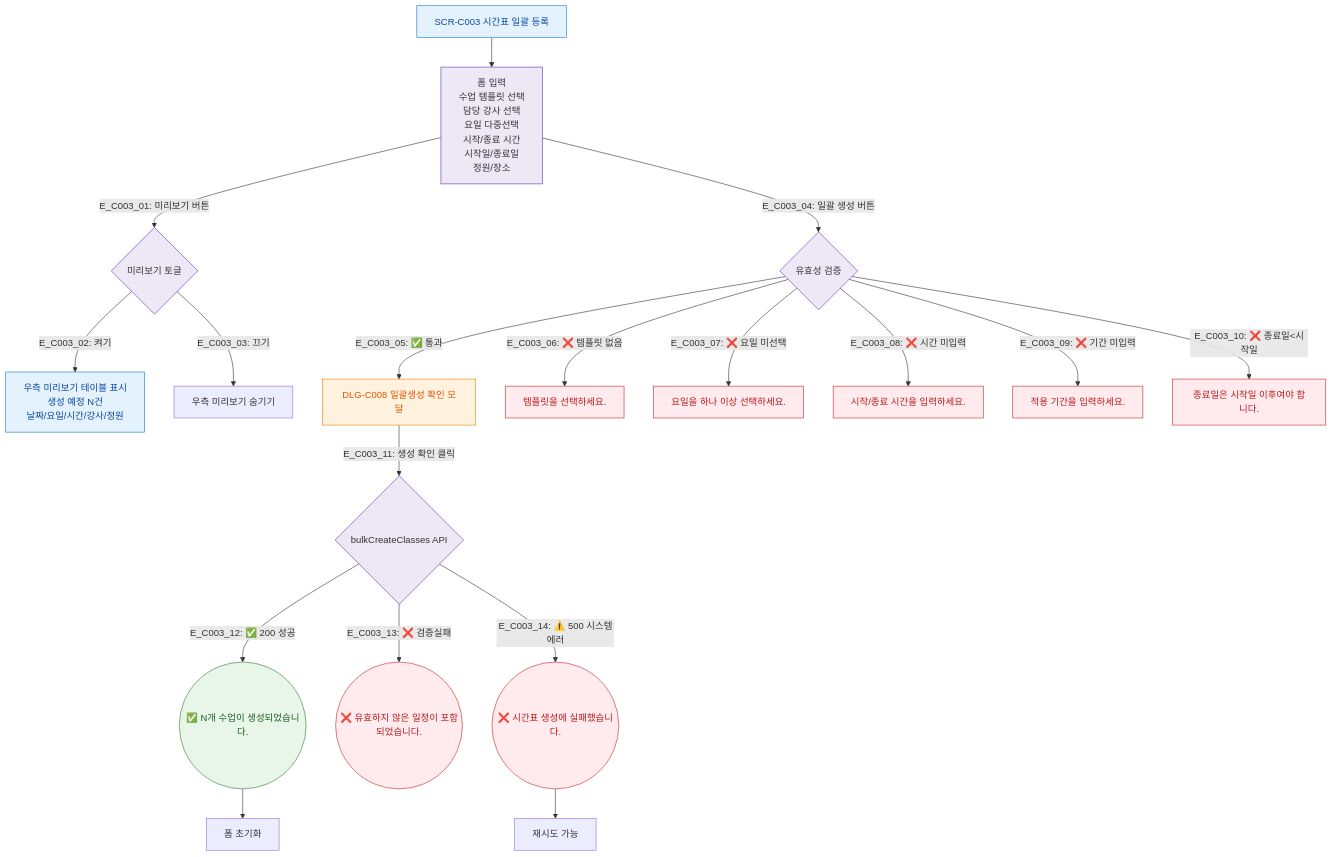
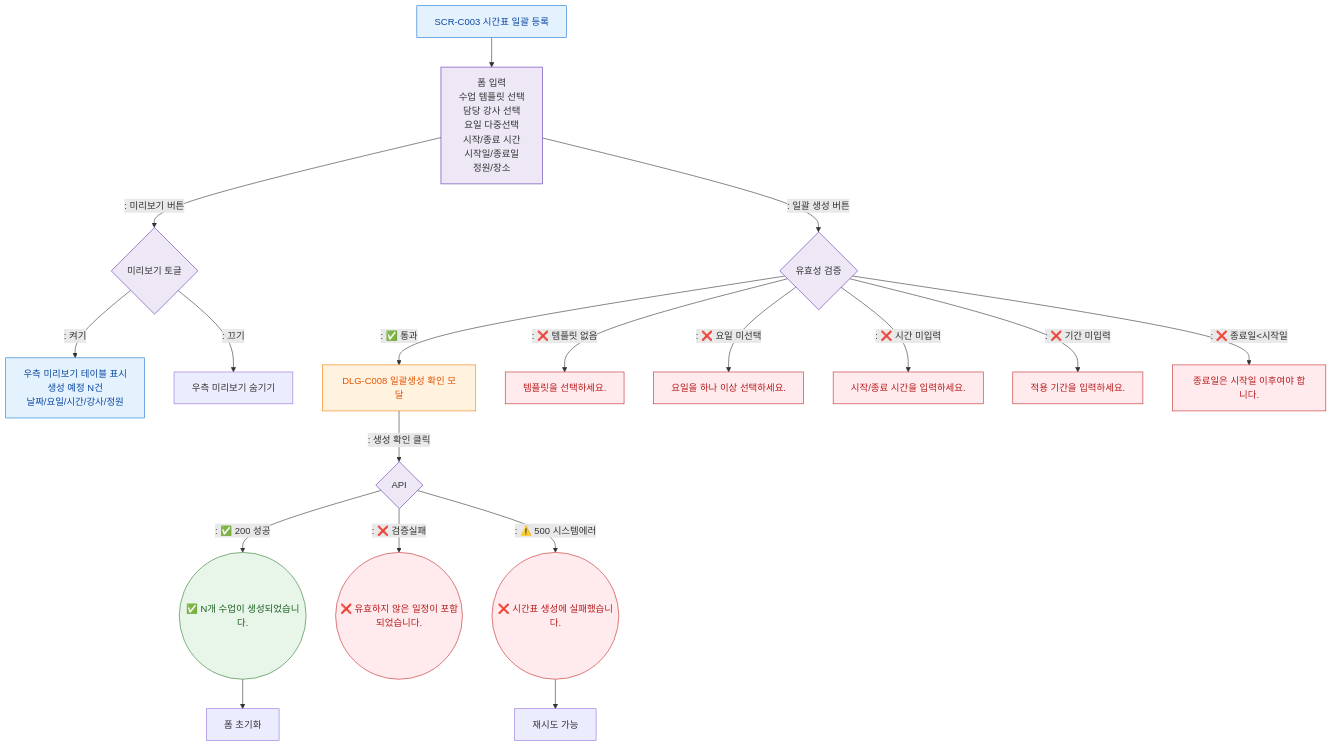
One commit to dev-spogym/admin-pando changed the diagram in docs/다이어그램/D04_수업관리/SCR-C003_시간표일괄등록/F2_메인.md. Above: the diagram before and after it, drawn with Mermaid. The commit also changed other lines of this file and 1660 other files, not shown here.

First line of the commit message:
다이어그램: 기획자/클라이언트 납품본으로 정리

````diff
--- a/docs/다이어그램/D04_수업관리/SCR-C003_시간표일괄등록/F2_메인.md
+++ b/docs/다이어그램/D04_수업관리/SCR-C003_시간표일괄등록/F2_메인.md
@@ -20,37 +18,37 @@
 ```mermaid
 flowchart TD
   SCR_C003[SCR-C003 시간표 일괄 등록] --> FormInput[폼 입력\n수업 템플릿 선택\n담당 강사 선택\n요일 다중선택\n시작/종료 시간\n시작일/종료일\n정원/장소]
 
-  FormInput -->|"E_C003_01: 미리보기 버튼"| PreviewToggle{미리보기 토글}
-  PreviewToggle -->|"E_C003_02: 켜기"| PreviewTable[우측 미리보기 테이블 표시\n생성 예정 N건\n날짜/요일/시간/강사/정원]
-  PreviewToggle -->|"E_C003_03: 끄기"| HidePreview[우측 미리보기 숨기기]
+  FormInput -->|": 미리보기 버튼"|PreviewToggle{미리보기 토글}
+  PreviewToggle -->|": 켜기"|PreviewTable[우측 미리보기 테이블 표시\n생성 예정 N건\n날짜/요일/시간/강사/정원]
+  PreviewToggle -->|": 끄기"|HidePreview[우측 미리보기 숨기기]
 
-  FormInput -->|"E_C003_04: 일괄 생성 버튼"| Valid{유효성 검증}
+  FormInput -->|": 일괄 생성 버튼"|Valid{유효성 검증}
 
-  Valid -->|"E_C003_05: ✅ 통과"| DLG_C008[DLG-C008 일괄생성 확인 모달]
-  Valid -->|"E_C003_06: ❌ 템플릿 없음"| ErrTemplate[템플릿을 선택하세요.]
-  Valid -->|"E_C003_07: ❌ 요일 미선택"| ErrDay[요일을 하나 이상 선택하세요.]
-  Valid -->|"E_C003_08: ❌ 시간 미입력"| ErrTime[시작/종료 시간을 입력하세요.]
-  Valid -->|"E_C003_09: ❌ 기간 미입력"| ErrDate[적용 기간을 입력하세요.]
-  Valid -->|"E_C003_10: ❌ 종료일<시작일"| ErrEndDate[종료일은 시작일 이후여야 합니다.]
+  Valid -->|": ✅ 통과"|DLG_C008[DLG-C008 일괄생성 확인 모달]
+  Valid -->|": ❌ 템플릿 없음"|ErrTemplate[템플릿을 선택하세요.]
+  Valid -->|": ❌ 요일 미선택"|ErrDay[요일을 하나 이상 선택하세요.]
+  Valid -->|": ❌ 시간 미입력"|ErrTime[시작/종료 시간을 입력하세요.]
+  Valid -->|": ❌ 기간 미입력"|ErrDate[적용 기간을 입력하세요.]
+  Valid -->|": ❌ 종료일<시작일"|ErrEndDate[종료일은 시작일 이후여야 합니다.]
 
-  DLG_C008 -->|"E_C003_11: 생성 확인 클릭"| BulkCreate{bulkCreateClasses API}
-  BulkCreate -->|"E_C003_12: ✅ 200 성공"| ToastOK((✅ N개 수업이 생성되었습니다.))
-  BulkCreate -->|"E_C003_13: ❌ 검증실패"| ToastValid((❌ 유효하지 않은 일정이 포함되었습니다.))
-  BulkCreate -->|"E_C003_14: ⚠️ 500 시스템에러"| ToastErr((❌ 시간표 생성에 실패했습니다.))
+  DLG_C008 -->|": 생성 확인 클릭"|BulkCreate{API}
+  BulkCreate -->|": ✅ 200 성공"|ToastOK((✅ N개 수업이 생성되었습니다.))
+  BulkCreate -->|": ❌ 검증실패"|ToastValid((❌ 유효하지 않은 일정이 포함되었습니다.))
+  BulkCreate -->|": ⚠️ 500 시스템에러"|ToastErr((❌ 시간표 생성에 실패했습니다.))
 
   ToastOK --> ResetForm[폼 초기화]
   ToastErr --> RetryOption[재시도 가능]
 
   classDef screen fill:#E3F2FD,stroke:#1976D2,color:#0D47A1
   classDef modal fill:#FFF3E0,stroke:#F57C00,color:#E65100
   classDef system fill:#EDE7F6,stroke:#5E35B2
   classDef success fill:#E8F5E9,stroke:#2E7D32,color:#1B5E20
   classDef error fill:#FFEBEE,stroke:#C62828,color:#B71C1C
   classDef warning fill:#FFF8E1,stroke:#F9A825,color:#F57F17
   class SCR_C003,PreviewTable screen
   class DLG_C008 modal
   class FormInput,Valid,BulkCreate,PreviewToggle system
   class ToastOK success
   class ErrTemplate,ErrDay,ErrTime,ErrDate,ErrEndDate,ToastValid,ToastErr error
 ```
````
